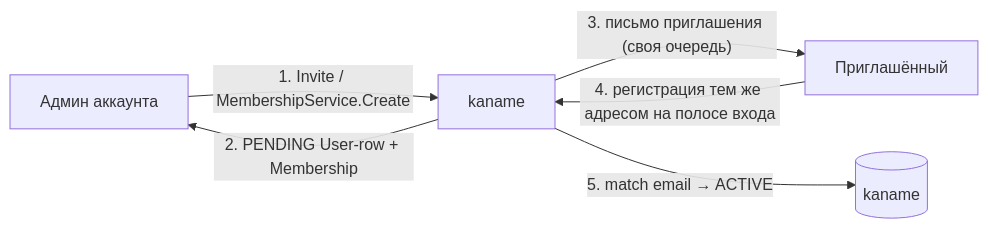
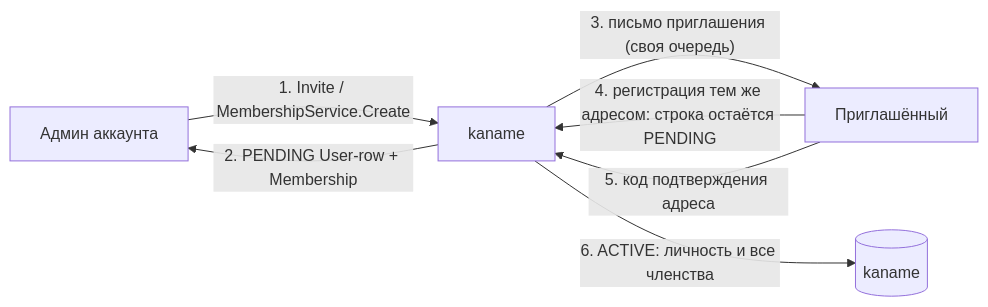
The first of 2 diagrams in docs/content/architecture/identity.mdx (PRO-Robotech/kaname), drawn with Mermaid before and after one commit. The commit also changed other lines of this file and 15 other files, not shown here.

````diff
--- a/docs/content/architecture/identity.mdx
+++ b/docs/content/architecture/identity.mdx
@@ -72,8 +72,9 @@
 ```mermaid
 flowchart LR
   admin["Админ аккаунта"] -->|"1. Invite / MembershipService.Create"| iam["kaname"]
   iam -->|"2. PENDING User-row + Membership"| admin
   iam -->|"3. письмо приглашения (своя очередь)"| user["Приглашённый"]
-  user -->|"4. регистрация тем же адресом на полосе входа"| iam
-  iam -->|"5. match email → ACTIVE"| pg[("kaname")]
+  user -->|"4. регистрация тем же адресом: строка остаётся PENDING"| iam
+  user -->|"5. код подтверждения адреса"| iam
+  iam -->|"6. ACTIVE: личность и все членства"| pg[("kaname")]
 ```
````
